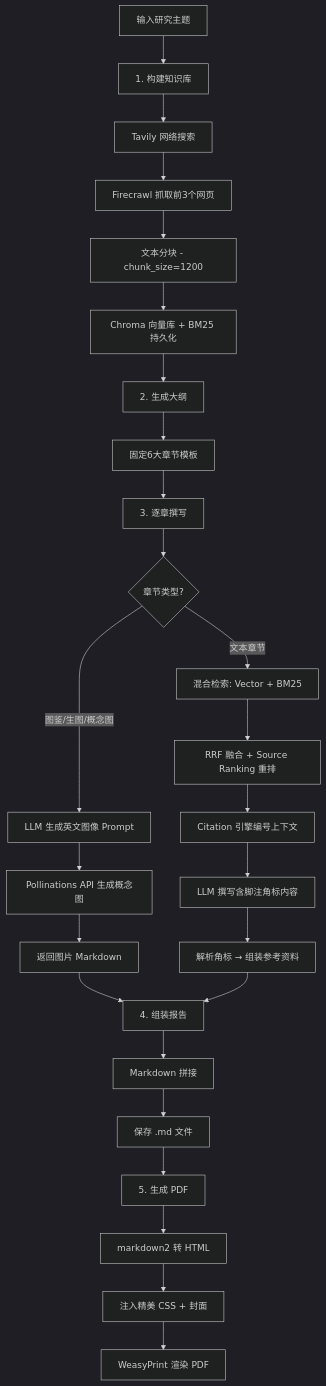
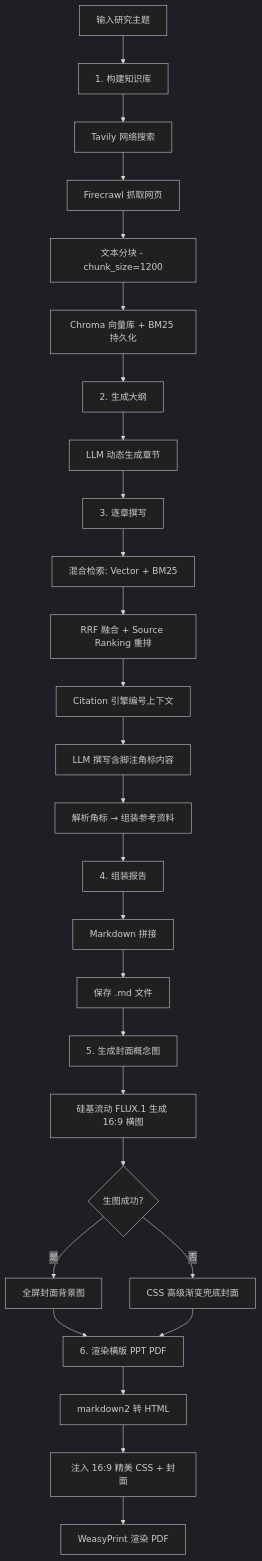
The diagram in README.md (CaroVon/QX_Product_Research), drawn with Mermaid (dark theme) before and after one commit. The commit also changed other lines of this file and 18 other files, not shown here.

First line of the commit message:
@ feat: 全栈体验优化 —— 状态同步 + 实时日志 + 横版PPT PDF + 封面生图兜底

````diff
--- a/README.md
+++ b/README.md
@@ -319,32 +358,34 @@
 ```mermaid
 flowchart TD
     A[输入研究主题] --> B["1. 构建知识库"]
     B --> B1[Tavily 网络搜索]
-    B1 --> B2[Firecrawl 抓取前3个网页]
+    B1 --> B2[Firecrawl 抓取网页]
     B2 --> B3[文本分块 - chunk_size=1200]
     B3 --> B4[Chroma 向量库 + BM25 持久化]
-    
+
     B4 --> C["2. 生成大纲"]
-    C --> C1[固定6大章节模板]
-    
+    C --> C1[LLM 动态生成章节]
+
     C1 --> D["3. 逐章撰写"]
-    D --> D1{章节类型?}
-    D1 -->|图鉴/生图/概念图| D2A[LLM 生成英文图像 Prompt]
-    D2A --> D2B[Pollinations API 生成概念图]
-    D2B --> D2C[返回图片 Markdown]
-    D1 -->|文本章节| D3A["混合检索: Vector + BM25"]
-    D3A --> D3B["RRF 融合 + Source Ranking 重排"]
-    D3B --> D3C[Citation 引擎编号上下文]
-    D3C --> D3D[LLM 撰写含脚注角标内容]
-    D3D --> D3E[解析角标 → 组装参考资料]
-    
-    D2C --> E["4. 组装报告"]
-    D3E --> E
+    D --> D1["混合检索: Vector + BM25"]
+    D1 --> D2["RRF 融合 + Source Ranking 重排"]
+    D2 --> D3[Citation 引擎编号上下文]
+    D3 --> D4[LLM 撰写含脚注角标内容]
+    D4 --> D5[解析角标 → 组装参考资料]
+
+    D5 --> E["4. 组装报告"]
     E --> E1[Markdown 拼接]
     E1 --> E2[保存 .md 文件]
-    
-    E2 --> F["5. 生成 PDF"]
-    F --> F1[markdown2 转 HTML]
-    F1 --> F2[注入精美 CSS + 封面]
-    F2 --> F3[WeasyPrint 渲染 PDF]
+
+    E2 --> F["5. 生成封面概念图"]
+    F --> F1[硅基流动 FLUX.1 生成 16:9 横图]
+    F1 --> F2{生图成功?}
+    F2 -->|是| F3[全屏封面背景图]
+    F2 -->|否| F4[CSS 高级渐变兜底封面]
+
+    F3 --> G["6. 渲染横版 PPT PDF"]
+    F4 --> G
+    G --> G1[markdown2 转 HTML]
+    G1 --> G2[注入 16:9 精美 CSS + 封面]
+    G2 --> G3[WeasyPrint 渲染 PDF]
 ```
````
